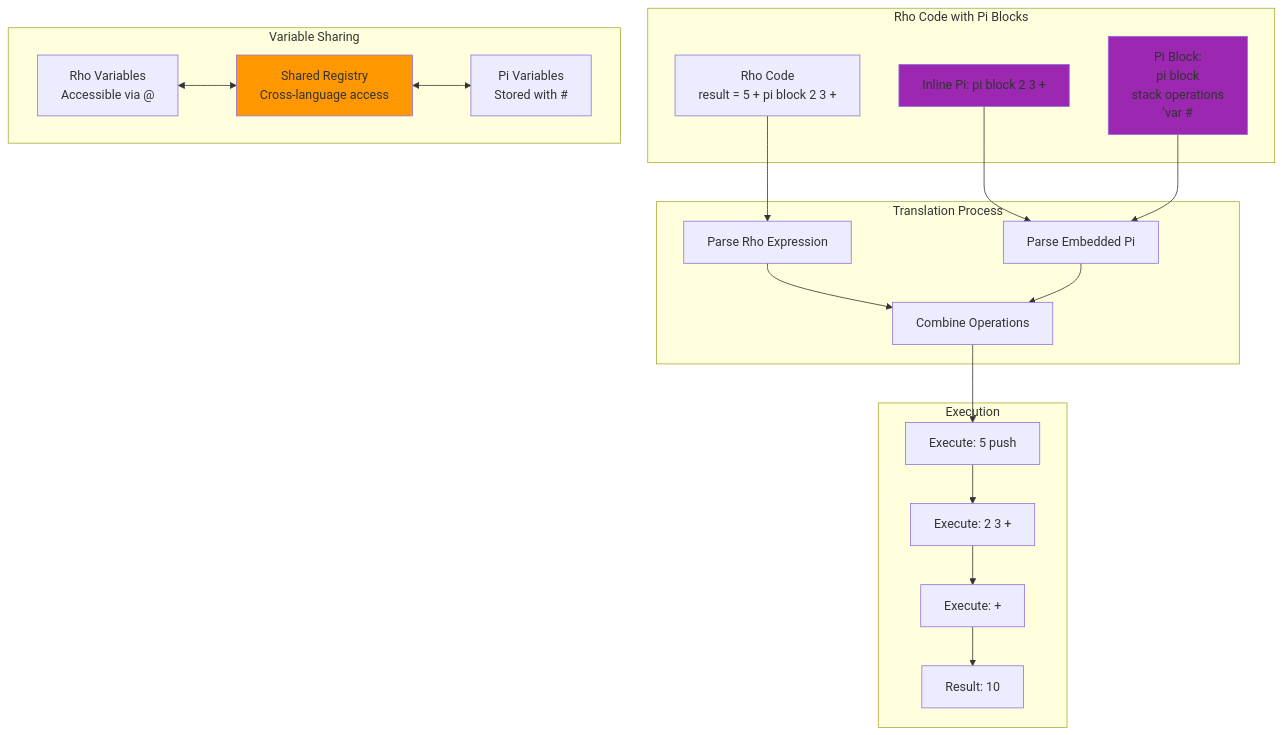
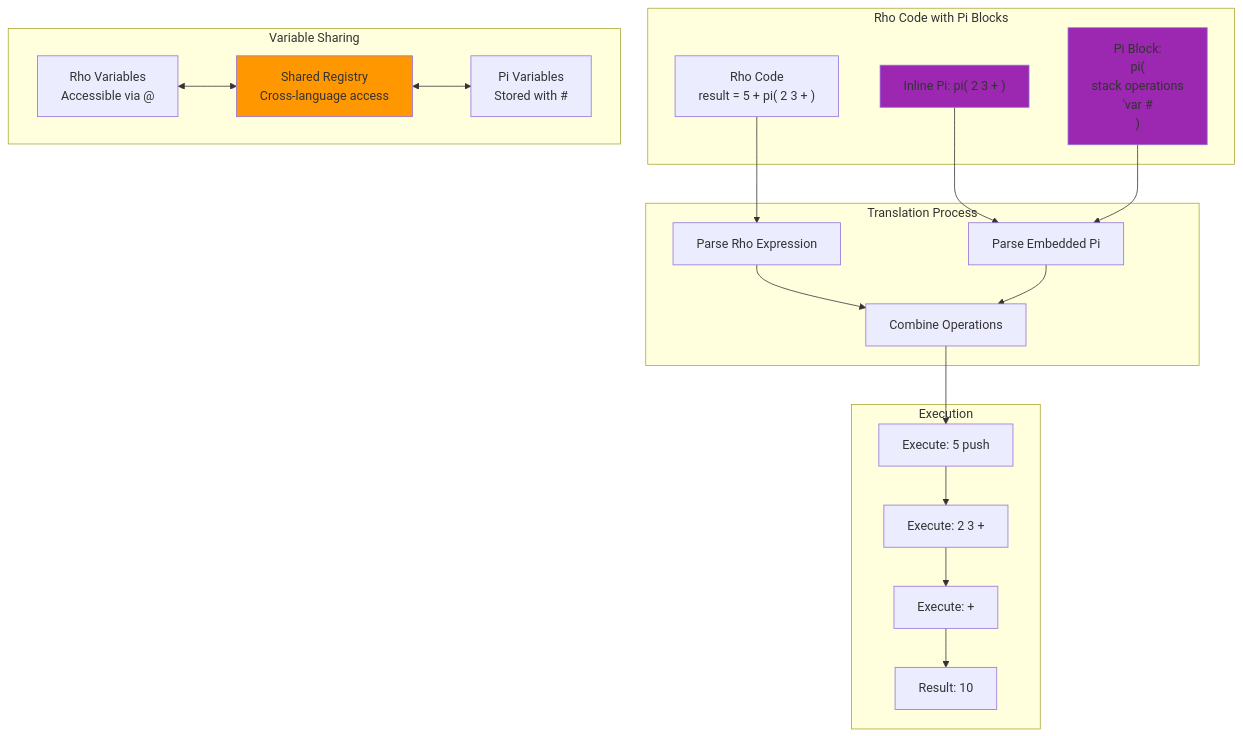
The sixth of 10 diagrams in resources/diagrams/rho-language-architecture.md (cschladetsch/CppKAI), drawn with Mermaid before and after one commit. The commit also changed 2 other files, not shown here.

Commit message:
Remove incorrect 'block' keyword and use proper Pi syntax notation
Fixed all instances where I incorrectly added 'block' as a keyword:
- Replaced 'pi block' with 'pi( ... )' notation
- Used parentheses instead of curly braces to avoid Mermaid parsing conflicts
- Maintained accurate representation of Pi embedded code syntax
- Applied fix across README and tutorial files

Pi uses curly braces for code blocks, but parentheses work better in Mermaid diagrams.

````diff
--- a/resources/diagrams/rho-language-architecture.md
+++ b/resources/diagrams/rho-language-architecture.md
@@ -230,44 +230,44 @@
 ```mermaid
 graph TB
     subgraph "Rho Code with Pi Blocks"
-        RHO_CODE["Rho Code<br/>result = 5 + pi block 2 3 +"]
-        PI_INLINE["Inline Pi: pi block 2 3 +"]
-        PI_BLOCK["Pi Block:<br/>pi block<br/>  stack operations<br/>  'var #"]
+        RHO_CODE["Rho Code<br/>result = 5 + pi( 2 3 + )"]
+        PI_INLINE["Inline Pi: pi( 2 3 + )"]
+        PI_BLOCK["Pi Block:<br/>pi(<br/>  stack operations<br/>  'var #<br/>)"]
     end
     
     subgraph "Translation Process"
         RHO_PARSE[Parse Rho Expression]
         PI_PARSE[Parse Embedded Pi]
         COMBINE[Combine Operations]
     end
     
     subgraph "Execution"
         RHO_EXEC[Execute: 5 push]
         PI_EXEC[Execute: 2 3 +]
         FINAL_EXEC[Execute: +]
         RESULT[Result: 10]
     end
     
     subgraph "Variable Sharing"
         RHO_VAR[Rho Variables<br/>Accessible via @]
         PI_VAR[Pi Variables<br/>Stored with #]
         SHARED_REG[Shared Registry<br/>Cross-language access]
     end
     
     RHO_CODE --> RHO_PARSE
     PI_INLINE --> PI_PARSE
     PI_BLOCK --> PI_PARSE
     
     RHO_PARSE --> COMBINE
     PI_PARSE --> COMBINE
     COMBINE --> RHO_EXEC
     RHO_EXEC --> PI_EXEC
     PI_EXEC --> FINAL_EXEC
     FINAL_EXEC --> RESULT
     
     RHO_VAR <--> SHARED_REG <--> PI_VAR
     
     style PI_INLINE fill:#9c27b0
     style PI_BLOCK fill:#9c27b0
     style SHARED_REG fill:#ff9800
 ```
````
